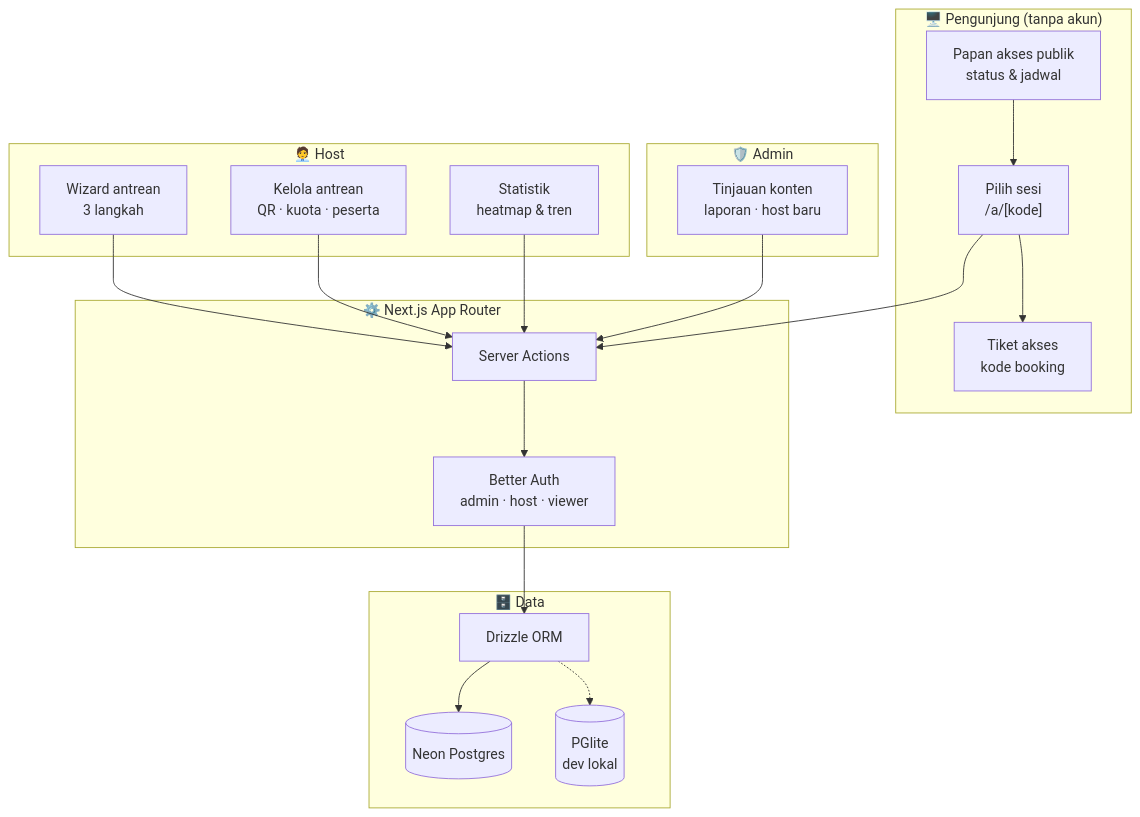
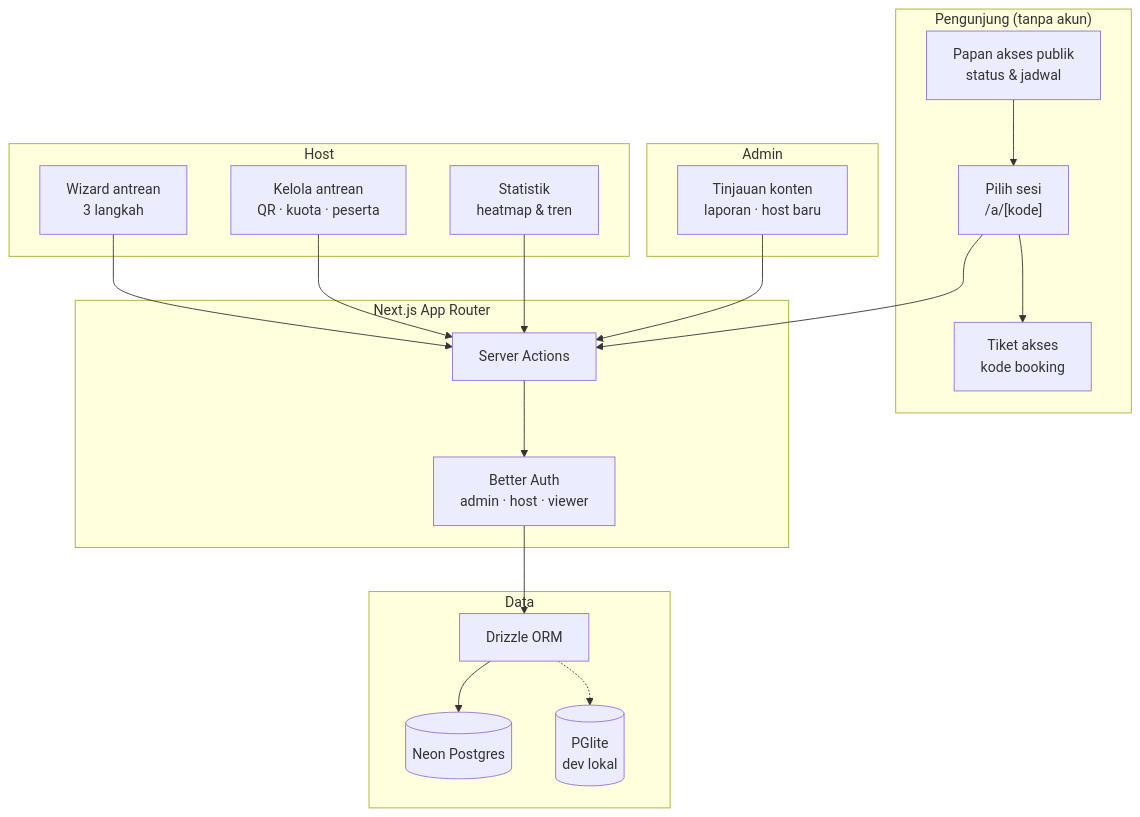
Before and after one commit to kandarlubis31/antry-showcase: the diagram in README.md, drawn with Mermaid. The commit also changed other lines of this file and 2 other files, not shown here.

````diff
--- a/README.md
+++ b/README.md
@@ -103,32 +103,32 @@
 ```mermaid
 flowchart TB
-    subgraph VISITOR["🖥️ Pengunjung (tanpa akun)"]
+    subgraph VISITOR["Pengunjung (tanpa akun)"]
         BOARD["Papan akses publik<br/>status & jadwal"]
         QUEUE["Pilih sesi<br/>/a/[kode]"]
         TICKET["Tiket akses<br/>kode booking"]
     end
-    subgraph HOST["🧑‍💼 Host"]
+    subgraph HOST["Host"]
         WIZARD["Wizard antrean<br/>3 langkah"]
         MANAGE["Kelola antrean<br/>QR · kuota · peserta"]
         STATS["Statistik<br/>heatmap & tren"]
     end
-    subgraph ADMIN["🛡️ Admin"]
+    subgraph ADMIN["Admin"]
         REVIEW["Tinjauan konten<br/>laporan · host baru"]
     end
-    subgraph APP["⚙️ Next.js App Router"]
+    subgraph APP["Next.js App Router"]
         ACTION["Server Actions"]
         AUTH["Better Auth<br/>admin · host · viewer"]
     end
-    subgraph DATA["🗄️ Data"]
+    subgraph DATA["Data"]
         PG[("Neon Postgres")]
         DRIZ["Drizzle ORM"]
         PGL[("PGlite<br/>dev lokal")]
     end
     BOARD --> QUEUE --> TICKET
     WIZARD & MANAGE & STATS --> ACTION
     REVIEW --> ACTION
     QUEUE --> ACTION
     ACTION --> AUTH --> DRIZ
     DRIZ --> PG
     DRIZ -.-> PGL
 ```
````
